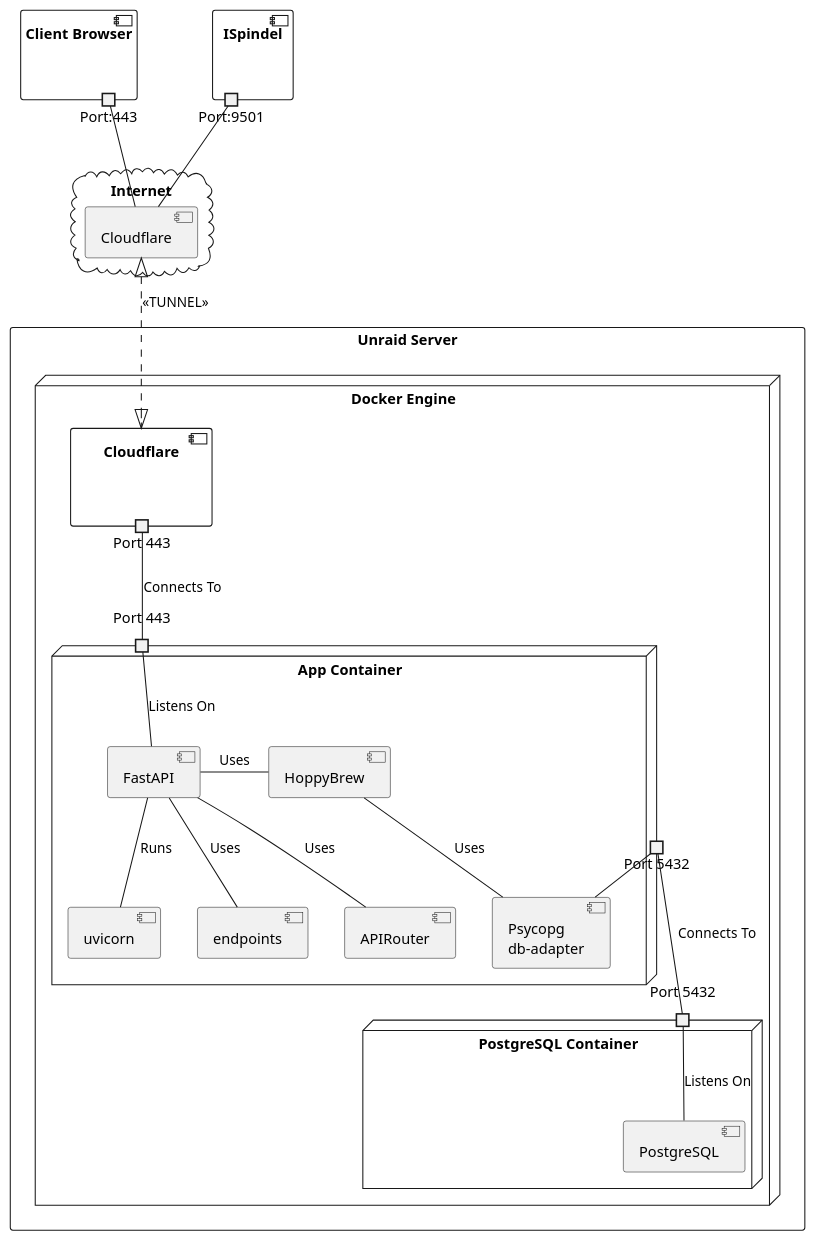
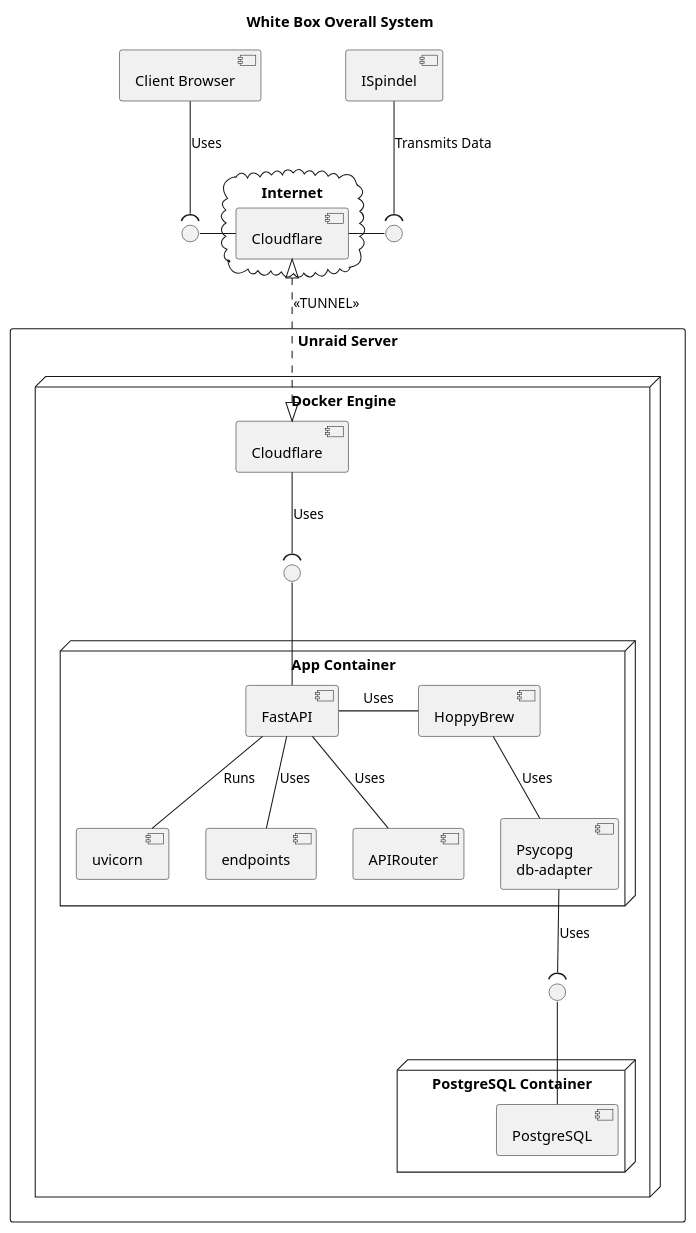
The diagram in documents/01-Conception-Phase/plantuml/04-white-box-overall-system.puml (asbor/iu-project-software-engineering), drawn with PlantUML before and after one commit. The commit also changed 20 other files, not shown here.

```diff
--- a/documents/01-Conception-Phase/plantuml/04-white-box-overall-system.puml
+++ b/documents/01-Conception-Phase/plantuml/04-white-box-overall-system.puml
@@ -1,63 +1,59 @@
-@startuml
+@startuml 04-white-box-overall-system
 
+title White Box Overall System
 
-component "Client Browser" {
-    portout "Port:443" as Client_Port80
-}
+interface " " as I01
+interface " " as I02
 
-component "ISpindel" {
-    portout "Port:9501" as ISpindel_Port80
-}
+component "Client Browser" as ClientBrowser
+component "ISpindel" as ISpindel
 
 cloud "Internet" {
     component "Cloudflare" as cloudflare
 }
 
-ISpindel_Port80 -- cloudflare
-Client_Port80 -- cloudflare
+ClientBrowser --( I01 : Uses
+I01 - cloudflare 
+
+ISpindel --( I02 : Transmits Data
+I02 - cloudflare 
+
+
+
 
 rectangle "Unraid Server" {
     node "Docker Engine" {
-        component "Cloudflare" as tunnel{
-            portout "Port 443" as CloudFlare_portout443
-        }
-        cloudflare <|..|> tunnel : <<TUNNEL>>
+        component "Cloudflare" as CloudflareTunnel
+
+        cloudflare <|..|> CloudflareTunnel : <<TUNNEL>>
 
         node "App Container" as Application_Container {
             component "HoppyBrew" as HoppyBrew
             component "Psycopg\ndb-adapter" as db_adapter
             component "FastAPI" as api
             component "uvicorn" as uvicorn
             component "endpoints" as endpoints
             component "APIRouter" as APIRouter
 
-            portin "Port 443" as HoppyBrew_portin443
-            portout "Port 5432" as HoppyBrew_portout5432
-
-            HoppyBrew_portin443 - api : Listens On
-
             api - HoppyBrew : Uses
             HoppyBrew -- db_adapter : Uses
             api -- uvicorn  : Runs
             api -- endpoints  : Uses
             api -- APIRouter  : Uses
-            
-            db_adapter - HoppyBrew_portout5432 : Listens On
+        }
 
-        }
-        CloudFlare_portout443 -- HoppyBrew_portin443  : Connects To
+        interface " " as I03
+        CloudflareTunnel --( I03 : Uses
+        I03 -- api
+
 
         node "PostgreSQL Container" {
             component "PostgreSQL" as db
-            
-            portin "Port 5432" as Postgres_port5432
-
-            Postgres_port5432 -- db : Listens On
         }
 
-        HoppyBrew_portout5432 -- Postgres_port5432 : Connects To
-        
+        interface " " as I04
+        db_adapter --( I04 : Uses
+        I04 -- db
     }
 }
-
 @enduml
```
